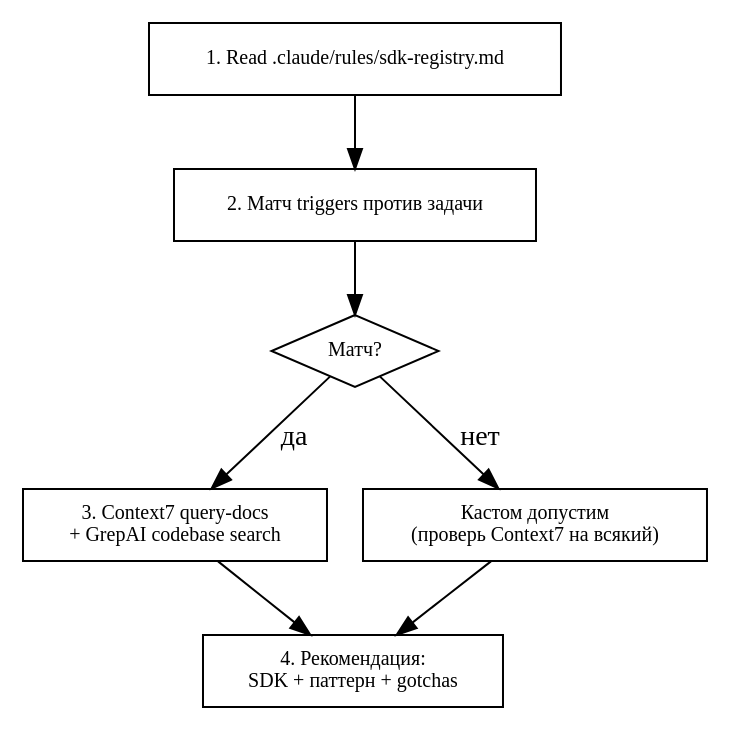
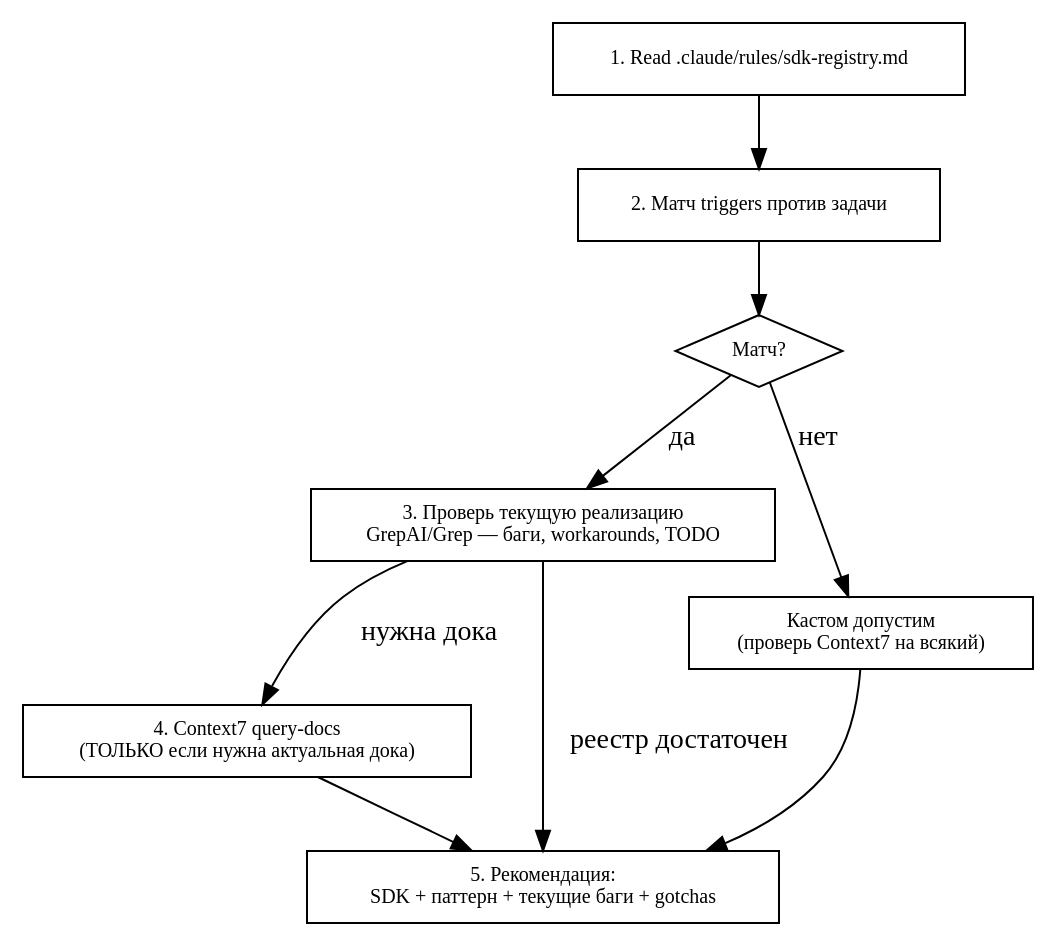
The diagram in .claude/skills/sdk-research/SKILL.md (yastman/rag), drawn with Graphviz before and after one commit. The commit also changed other lines of this file, not shown here.

First line of the commit message:
feat(skills): sdk-research v3 — Step 3 checklist + context-mode batch_execute

````diff
--- a/.claude/skills/sdk-research/SKILL.md
+++ b/.claude/skills/sdk-research/SKILL.md
@@ -12,17 +12,20 @@
 ```dot
 digraph sdk_research {
   rankdir=TB; node [shape=box, fontsize=10];
   registry [label="1. Read .claude/rules/sdk-registry.md"];
   match [label="2. Матч triggers против задачи"];
   found [label="Матч?" shape=diamond];
-  context7 [label="3. Context7 query-docs\n+ GrepAI codebase search"];
-  recommend [label="4. Рекомендация:\nSDK + паттерн + gotchas"];
+  current [label="3. Проверь текущую реализацию\nGrepAI/Grep — баги, workarounds, TODO"];
+  context7 [label="4. Context7 query-docs\n(ТОЛЬКО если нужна актуальная дока)"];
+  recommend [label="5. Рекомендация:\nSDK + паттерн + текущие баги + gotchas"];
   no_match [label="Кастом допустим\n(проверь Context7 на всякий)"];
 
   registry -> match -> found;
-  found -> context7 [label="да"];
+  found -> current [label="да"];
   found -> no_match [label="нет"];
+  current -> context7 [label="нужна дока"];
+  current -> recommend [label="реестр достаточен"];
   context7 -> recommend;
   no_match -> recommend;
 }
 ```
````
